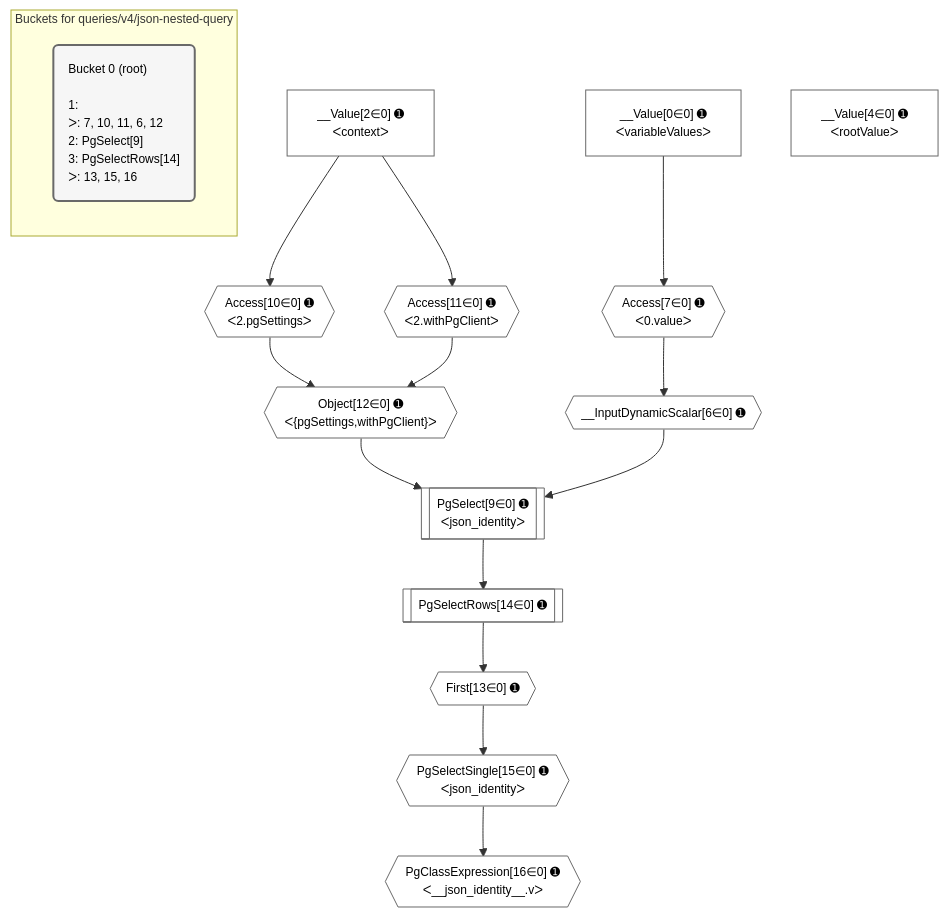
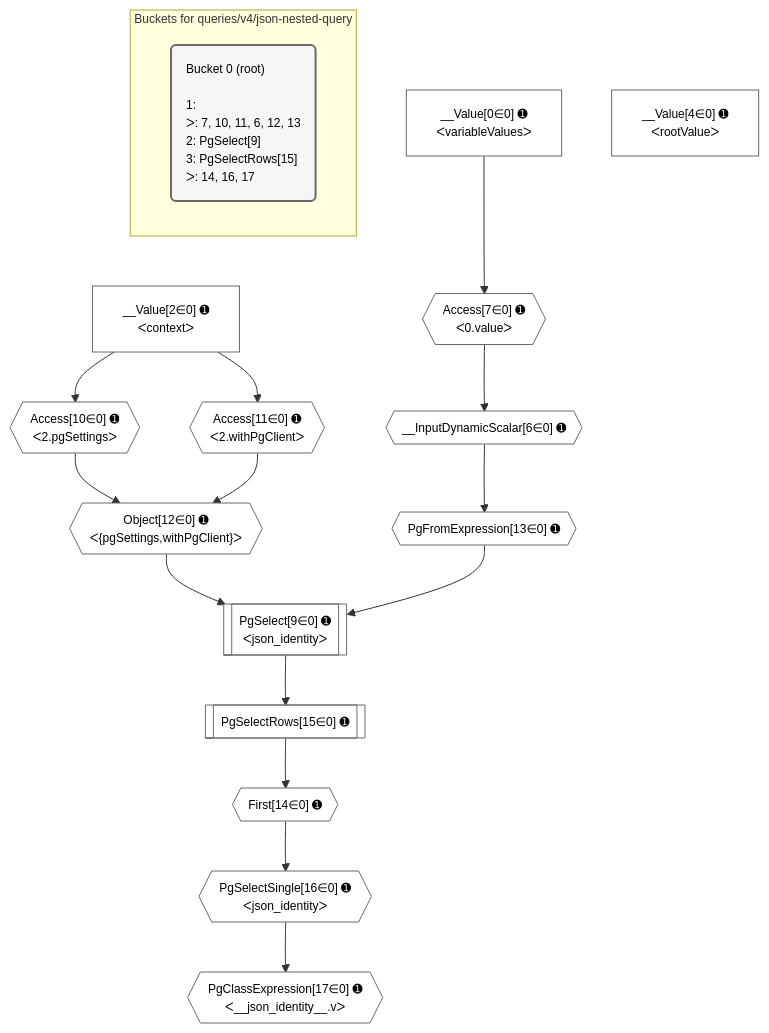
The diagram in postgraphile/postgraphile/__tests__/queries/v4/json-nested-query.mermaid (graphile/crystal), drawn with Mermaid before and after one commit.

Commit message:
Update more plans

```diff
--- a/postgraphile/postgraphile/__tests__/queries/v4/json-nested-query.mermaid
+++ b/postgraphile/postgraphile/__tests__/queries/v4/json-nested-query.mermaid
@@ -1,42 +1,44 @@
 %%{init: {'themeVariables': { 'fontSize': '12px'}}}%%
 graph TD
     classDef path fill:#eee,stroke:#000,color:#000
     classDef plan fill:#fff,stroke-width:1px,color:#000
     classDef itemplan fill:#fff,stroke-width:2px,color:#000
     classDef unbatchedplan fill:#dff,stroke-width:1px,color:#000
     classDef sideeffectplan fill:#fcc,stroke-width:2px,color:#000
     classDef bucket fill:#f6f6f6,color:#000,stroke-width:2px,text-align:left
 
 
     %% plan dependencies
     PgSelect9[["PgSelect[9∈0] ➊<br />ᐸjson_identityᐳ"]]:::plan
     Object12{{"Object[12∈0] ➊<br />ᐸ{pgSettings,withPgClient}ᐳ"}}:::plan
-    __InputDynamicScalar6{{"__InputDynamicScalar[6∈0] ➊"}}:::plan
-    Object12 & __InputDynamicScalar6 --> PgSelect9
+    PgFromExpression13{{"PgFromExpression[13∈0] ➊"}}:::plan
+    Object12 & PgFromExpression13 --> PgSelect9
     Access10{{"Access[10∈0] ➊<br />ᐸ2.pgSettingsᐳ"}}:::plan
     Access11{{"Access[11∈0] ➊<br />ᐸ2.withPgClientᐳ"}}:::plan
     Access10 & Access11 --> Object12
+    __InputDynamicScalar6{{"__InputDynamicScalar[6∈0] ➊"}}:::plan
     Access7{{"Access[7∈0] ➊<br />ᐸ0.valueᐳ"}}:::plan
     Access7 --> __InputDynamicScalar6
     __Value0["__Value[0∈0] ➊<br />ᐸvariableValuesᐳ"]:::plan
     __Value0 --> Access7
     __Value2["__Value[2∈0] ➊<br />ᐸcontextᐳ"]:::plan
     __Value2 --> Access10
     __Value2 --> Access11
-    First13{{"First[13∈0] ➊"}}:::plan
-    PgSelectRows14[["PgSelectRows[14∈0] ➊"]]:::plan
-    PgSelectRows14 --> First13
-    PgSelect9 --> PgSelectRows14
-    PgSelectSingle15{{"PgSelectSingle[15∈0] ➊<br />ᐸjson_identityᐳ"}}:::plan
-    First13 --> PgSelectSingle15
-    PgClassExpression16{{"PgClassExpression[16∈0] ➊<br />ᐸ__json_identity__.vᐳ"}}:::plan
-    PgSelectSingle15 --> PgClassExpression16
+    __InputDynamicScalar6 --> PgFromExpression13
+    First14{{"First[14∈0] ➊"}}:::plan
+    PgSelectRows15[["PgSelectRows[15∈0] ➊"]]:::plan
+    PgSelectRows15 --> First14
+    PgSelect9 --> PgSelectRows15
+    PgSelectSingle16{{"PgSelectSingle[16∈0] ➊<br />ᐸjson_identityᐳ"}}:::plan
+    First14 --> PgSelectSingle16
+    PgClassExpression17{{"PgClassExpression[17∈0] ➊<br />ᐸ__json_identity__.vᐳ"}}:::plan
+    PgSelectSingle16 --> PgClassExpression17
     __Value4["__Value[4∈0] ➊<br />ᐸrootValueᐳ"]:::plan
 
     %% define steps
 
     subgraph "Buckets for queries/v4/json-nested-query"
-    Bucket0("Bucket 0 (root)<br /><br />1: <br />ᐳ: 7, 10, 11, 6, 12<br />2: PgSelect[9]<br />3: PgSelectRows[14]<br />ᐳ: 13, 15, 16"):::bucket
+    Bucket0("Bucket 0 (root)<br /><br />1: <br />ᐳ: 7, 10, 11, 6, 12, 13<br />2: PgSelect[9]<br />3: PgSelectRows[15]<br />ᐳ: 14, 16, 17"):::bucket
     classDef bucket0 stroke:#696969
-    class Bucket0,__Value0,__Value2,__Value4,__InputDynamicScalar6,Access7,PgSelect9,Access10,Access11,Object12,First13,PgSelectRows14,PgSelectSingle15,PgClassExpression16 bucket0
+    class Bucket0,__Value0,__Value2,__Value4,__InputDynamicScalar6,Access7,PgSelect9,Access10,Access11,Object12,PgFromExpression13,First14,PgSelectRows15,PgSelectSingle16,PgClassExpression17 bucket0
     end
```
